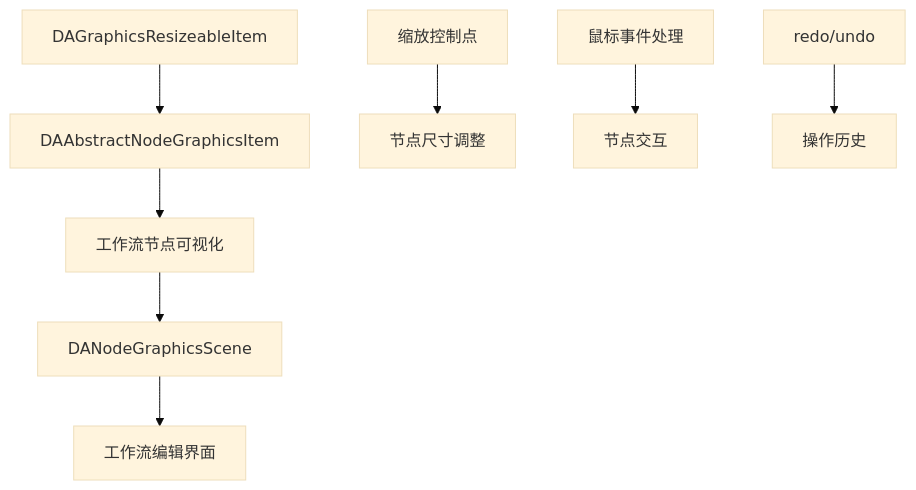
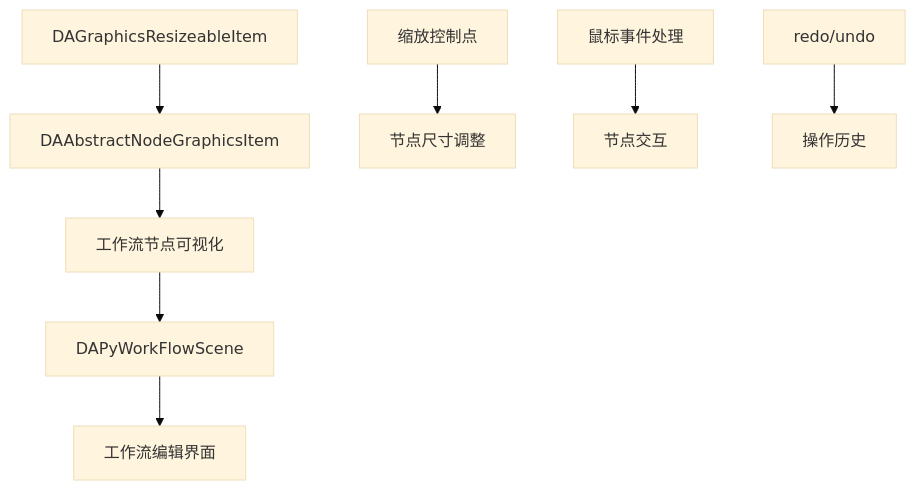
One commit to czyt1988/data-workbench changed the fourth of 4 diagrams in docs/zh/dev-guide/scalable-graphic-module.md. Above: the diagram before and after it, drawn with Mermaid (base theme). The commit also changed 13 other files, not shown here.

````diff
--- a/docs/zh/dev-guide/scalable-graphic-module.md
+++ b/docs/zh/dev-guide/scalable-graphic-module.md
@@ -298,11 +298,11 @@
 ```mermaid
 flowchart TD
     A[DAGraphicsResizeableItem] --> B[DAAbstractNodeGraphicsItem]
     B --> C[工作流节点可视化]
-    C --> D[DANodeGraphicsScene]
+    C --> D[DAPyWorkFlowScene]
     D --> E[工作流编辑界面]
     
     F[缩放控制点] --> G[节点尺寸调整]
     H[鼠标事件处理] --> I[节点交互]
     J[redo/undo] --> K[操作历史]
 ```
````
